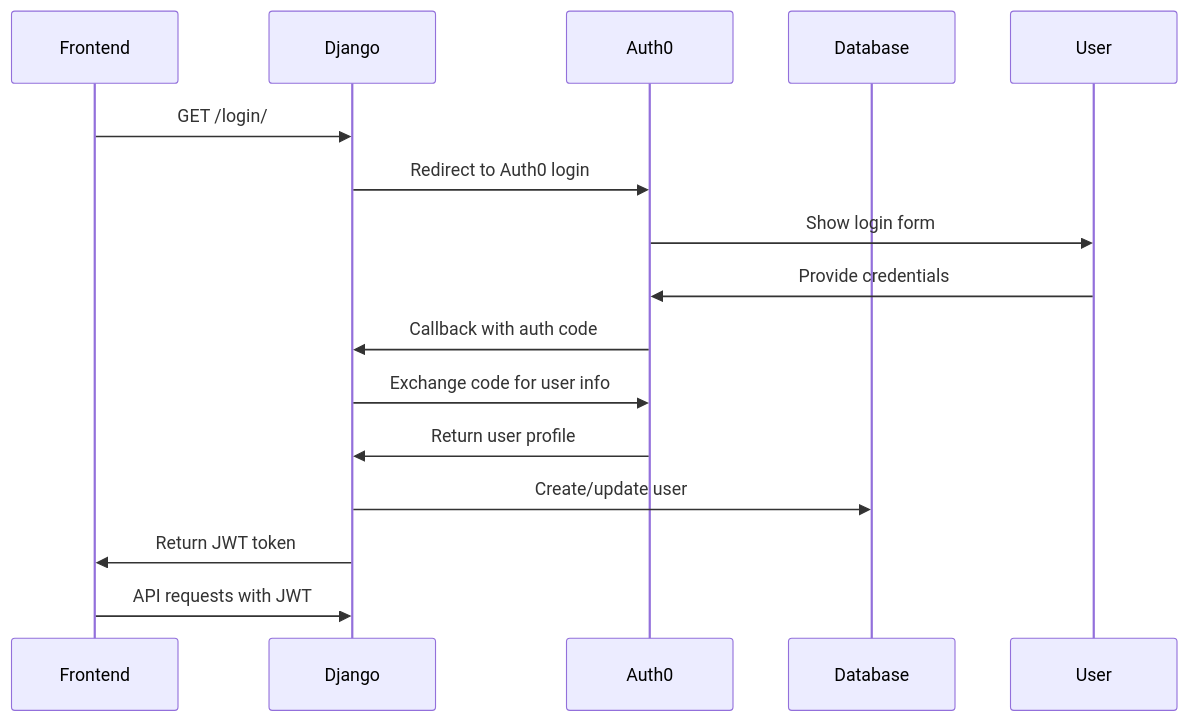
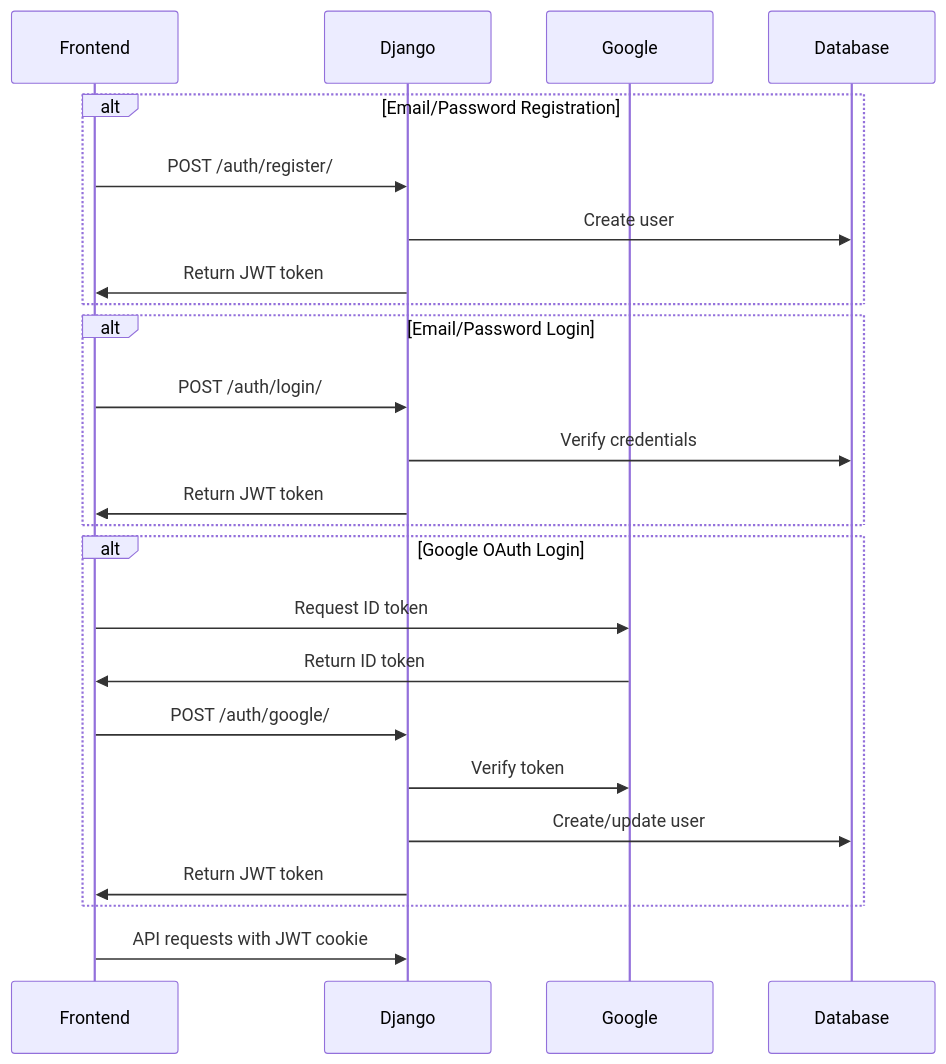
Before and after one commit to sportshunt-prod/BE-playportal: the diagram in docs/authentication.md, drawn with Mermaid. The commit also changed other lines of this file and 16 other files, not shown here.

First line of the commit message:
Migrate from Auth0 to native Django authentication with JWT Bearer tokens

````diff
--- a/docs/authentication.md
+++ b/docs/authentication.md
@@ -14,18 +15,30 @@
 ```mermaid
 sequenceDiagram
     participant Frontend
     participant Django
-    participant Auth0
+    participant Google
     participant Database
 
-    Frontend->>Django: GET /login/
-    Django->>Auth0: Redirect to Auth0 login
-    Auth0->>User: Show login form
-    User->>Auth0: Provide credentials
-    Auth0->>Django: Callback with auth code
-    Django->>Auth0: Exchange code for user info
-    Auth0->>Django: Return user profile
-    Django->>Database: Create/update user
-    Django->>Frontend: Return JWT token
-    Frontend->>Django: API requests with JWT
+    alt Email/Password Registration
+        Frontend->>Django: POST /auth/register/
+        Django->>Database: Create user
+        Django->>Frontend: Return JWT token
+    end
+
+    alt Email/Password Login
+        Frontend->>Django: POST /auth/login/
+        Django->>Database: Verify credentials
+        Django->>Frontend: Return JWT token
+    end
+
+    alt Google OAuth Login
+        Frontend->>Google: Request ID token
+        Google->>Frontend: Return ID token
+        Frontend->>Django: POST /auth/google/
+        Django->>Google: Verify token
+        Django->>Database: Create/update user
+        Django->>Frontend: Return JWT token
+    end
+
+    Frontend->>Django: API requests with JWT cookie
 ```
````
